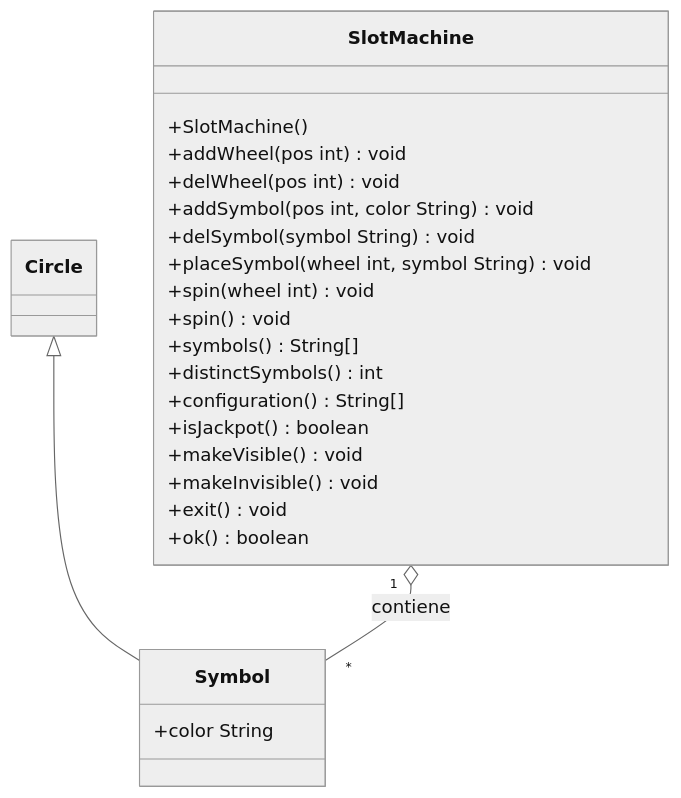
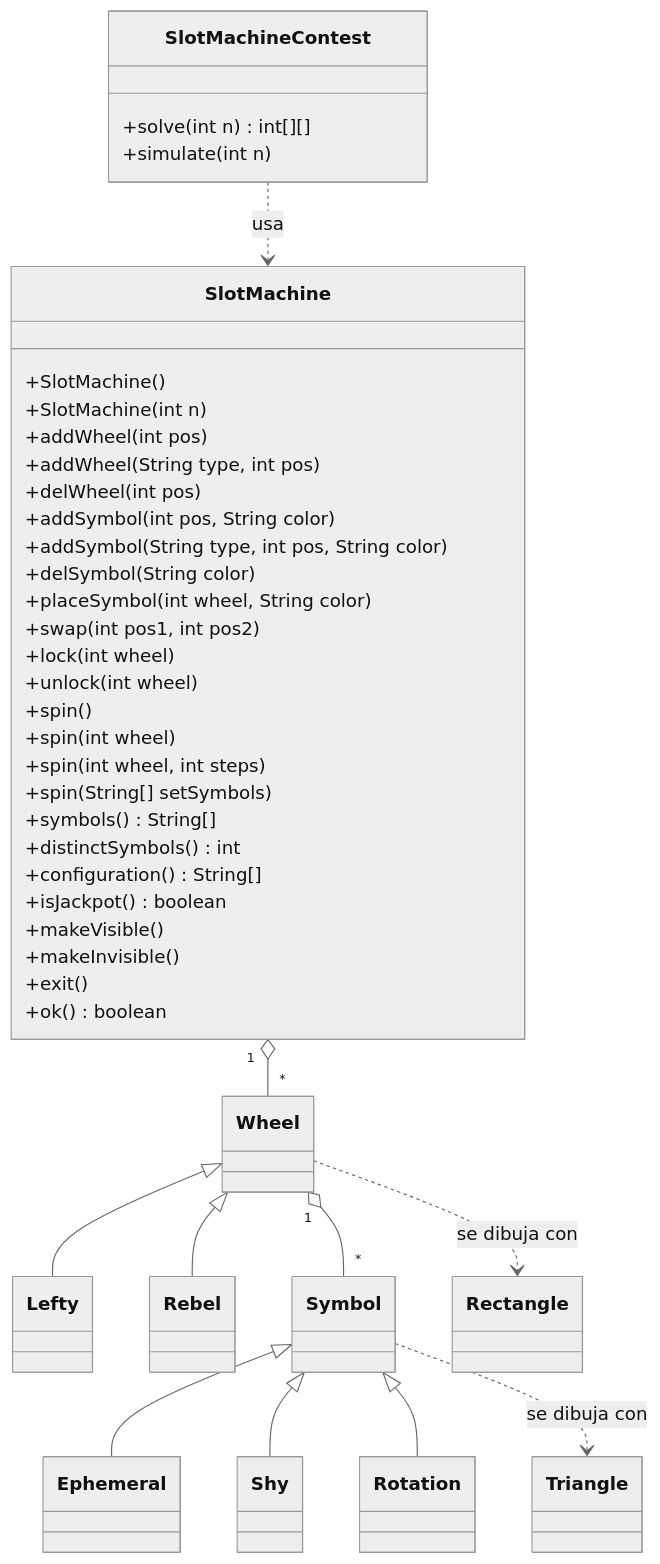
The diagram in README.md (PaglkG/Proyecto1-DOPO), drawn with Mermaid (neutral theme) before and after one commit. The commit also changed other lines of this file, not shown here.

````diff
--- a/README.md
+++ b/README.md
@@ -125,27 +52,50 @@
 ```mermaid
 classDiagram
     class SlotMachine {
         +SlotMachine()
-        +addWheel(pos int) void
-        +delWheel(pos int) void
-        +addSymbol(pos int, color String) void
-        +delSymbol(symbol String) void
-        +placeSymbol(wheel int, symbol String) void
-        +spin(wheel int) void
-        +spin() void
+        +SlotMachine(int n)
+        +addWheel(int pos)
+        +addWheel(String type, int pos)
+        +delWheel(int pos)
+        +addSymbol(int pos, String color)
+        +addSymbol(String type, int pos, String color)
+        +delSymbol(String color)
+        +placeSymbol(int wheel, String color)
+        +swap(int pos1, int pos2)
+        +lock(int wheel)
+        +unlock(int wheel)
+        +spin()
+        +spin(int wheel)
+        +spin(int wheel, int steps)
+        +spin(String[] setSymbols)
         +symbols() String[]
         +distinctSymbols() int
         +configuration() String[]
         +isJackpot() boolean
-        +makeVisible() void
-        +makeInvisible() void
-        +exit() void
+        +makeVisible()
+        +makeInvisible()
+        +exit()
         +ok() boolean
     }
-    class Circle
-    class Symbol {
-        +color String
+    class Wheel
+    class Lefty
+    class Rebel
+    class Symbol
+    class Ephemeral
+    class Shy
+    class Rotation
+    class SlotMachineContest {
+        +solve(int n) int[][]
+        +simulate(int n)
     }
-    Circle <|-- Symbol
-    SlotMachine "1" o-- "*" Symbol : contiene
+    SlotMachine "1" o-- "*" Wheel
+    Wheel "1" o-- "*" Symbol
+    Wheel <|-- Lefty
+    Wheel <|-- Rebel
+    Symbol <|-- Ephemeral
+    Symbol <|-- Shy
+    Symbol <|-- Rotation
+    SlotMachineContest ..> SlotMachine : usa
+    Wheel ..> Rectangle : se dibuja con
+    Symbol ..> Triangle : se dibuja con
 ```
````
